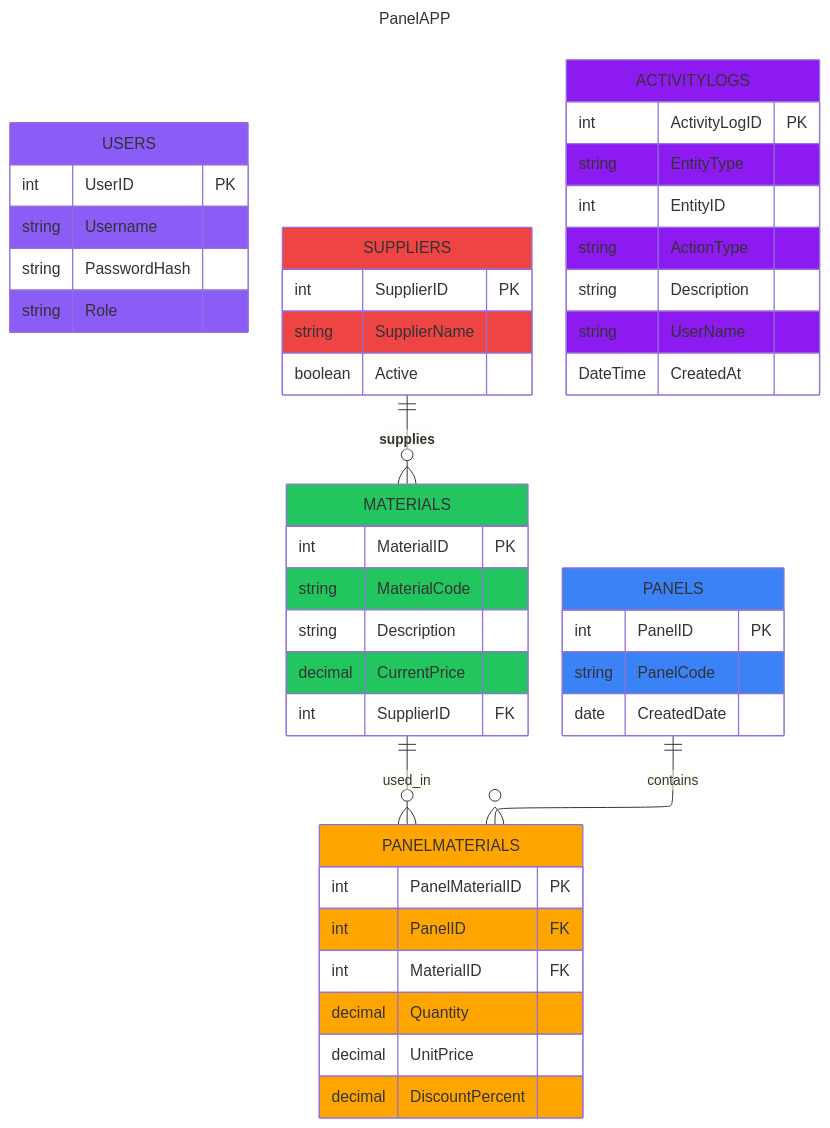
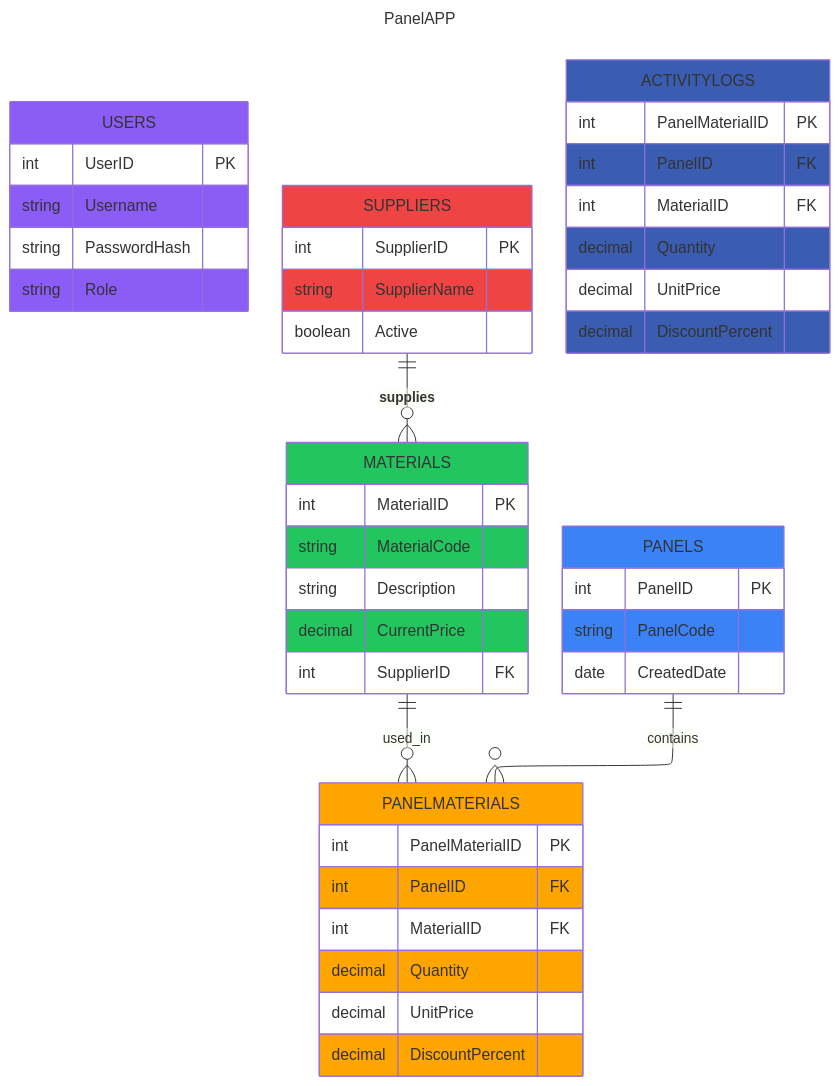
Before and after one commit to z1skgr/panelapp: the first of 2 diagrams in readme.md, drawn with Mermaid. The commit also changed other lines of this file, not shown here.

````diff
--- a/readme.md
+++ b/readme.md
@@ -193,65 +164,63 @@
 ```mermaid
 ---
 title: PanelAPP
 config:
   layout: elk
 ---
 erDiagram
     USERS :::colpurp{
         int UserID PK
         string Username
         string PasswordHash
         string Role
     }
 
     SUPPLIERS :::colred{
         int SupplierID PK
         string SupplierName
         boolean Active
     }
 
     MATERIALS :::colgre{
         int MaterialID PK
         string MaterialCode
         string Description
         decimal CurrentPrice
         int SupplierID FK
     }
 
     PANELS ::: colblue{
         int PanelID PK
         string PanelCode
         date CreatedDate
     }
 
     PANELMATERIALS :::colora {
         int PanelMaterialID PK
         int PanelID FK
         int MaterialID FK
         decimal Quantity
         decimal UnitPrice
         decimal DiscountPercent
     }
-	
 	ACTIVITYLOGS :::coloras {
-        int ActivityLogID PK
-        string EntityType
-        int EntityID
-        string ActionType
-        string Description
-        string UserName
-		DateTime CreatedAt
+        int PanelMaterialID PK
+        int PanelID FK
+        int MaterialID FK
+        decimal Quantity
+        decimal UnitPrice
+        decimal DiscountPercent
     }
 
     SUPPLIERS ||--o{ MATERIALS : **supplies**
     PANELS ||--o{ PANELMATERIALS : contains
     MATERIALS ||--o{ PANELMATERIALS : used_in
 
     classDef colora fill:#FFA500
     classDef colblue fill:#3B82F6
     classDef colgre fill:#22C55E
     classDef colred fill:#EF4444
     classDef colpurp fill:#8B5CF6
-	classDef coloras fill:#8C1AF1
+	classDef coloras fill:#3A5CB1
     
 ```
````
